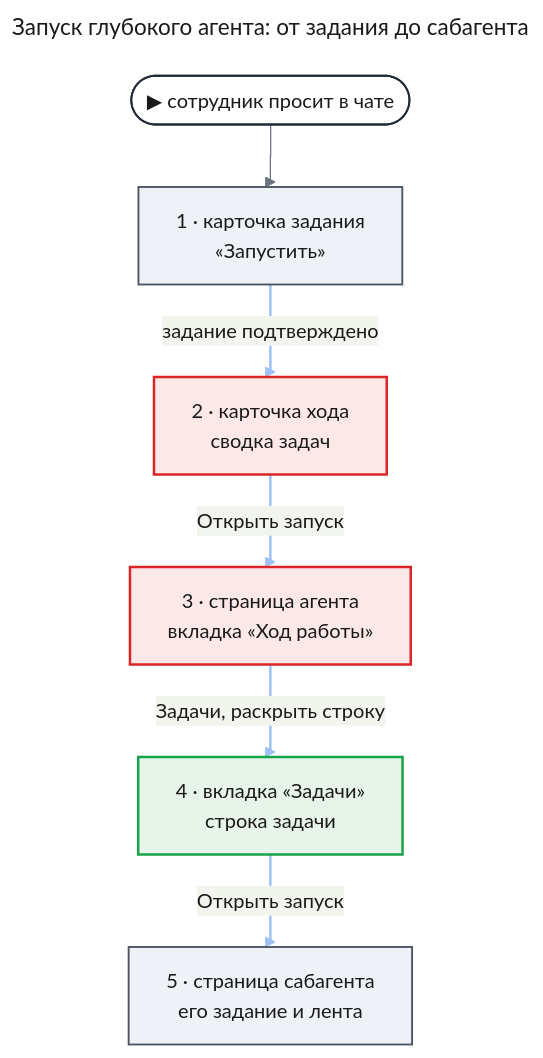
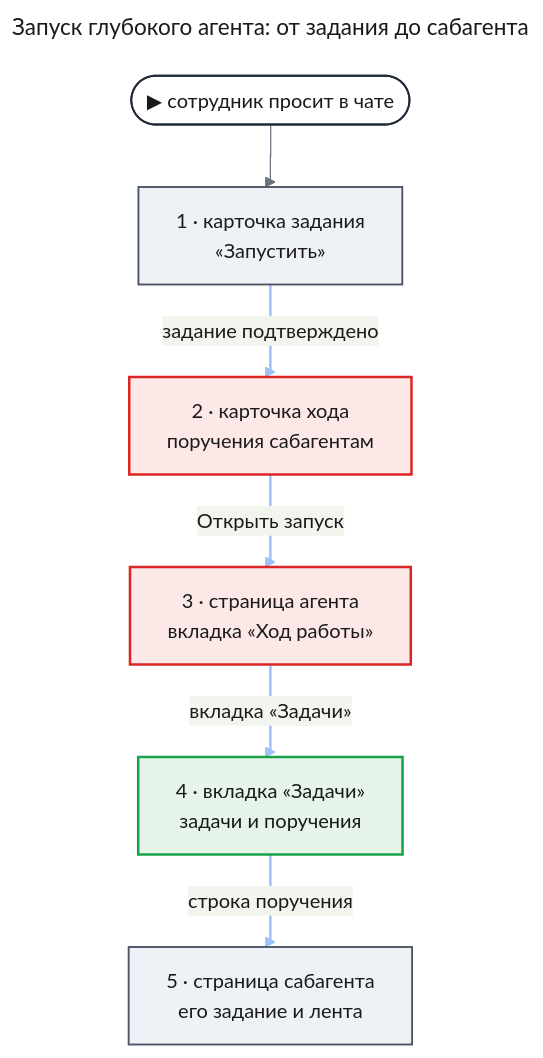
The second of 2 diagrams in docs/features/deep-agents/uxrd.md (tundraray/agent-os), drawn with Mermaid before and after one commit. The commit also changed other lines of this file and 10 other files, not shown here.

````diff
--- a/docs/features/deep-agents/uxrd.md
+++ b/docs/features/deep-agents/uxrd.md
@@ -132,45 +130,45 @@
 ```mermaid
 ---
 title: "Запуск глубокого агента: от задания до сабагента"
 config:
   theme: base
   look: classic
   themeVariables:
     primaryColor: "#eef1f5"
     primaryBorderColor: "#4b5563"
     primaryTextColor: "#1a1a1a"
     lineColor: "#6b7280"
   flowchart:
     curve: step
   themeCSS: |
     @keyframes litr_dax1{0%,22.5%{stroke:#1d4ed8;stroke-width:6px}25%,100%{stroke:#9ec1f7;stroke-width:2px}}
 ---
 flowchart TB
     entry(["▶ сотрудник просит в чате"])
     brief["1 · карточка задания<br/>«Запустить»"]
-    card["2 · карточка хода<br/>сводка задач"]
+    card["2 · карточка хода<br/>поручения сабагентам"]
     page["3 · страница агента<br/>вкладка «Ход работы»"]
-    row["4 · вкладка «Задачи»<br/>строка задачи"]
+    row["4 · вкладка «Задачи»<br/>задачи и поручения"]
     sub["5 · страница сабагента<br/>его задание и лента"]
     entry --> brief
     brief e1@-->|"задание подтверждено"| card
     card e2@-->|"Открыть запуск"| page
-    page e3@-->|"Задачи, раскрыть строку"| row
-    row e4@-->|"Открыть запуск"| sub
+    page e3@-->|"вкладка «Задачи»"| row
+    row e4@-->|"строка поручения"| sub
     classDef entry fill:#ffffff,stroke:#1f2937,stroke-width:1.5px,color:#1a1a1a
     classDef changed fill:#fde8e8,stroke:#dc2626,stroke-width:2px,color:#1a1a1a
     classDef new fill:#e6f4ea,stroke:#16a34a,stroke-width:2px,color:#1a1a1a
     classDef unchanged fill:#eef1f5,stroke:#4b5563,stroke-width:1.5px,color:#1a1a1a
     classDef r1 stroke:#9ec1f7,stroke-width:2px,animation:litr_dax1 4.8s linear 0s infinite
     classDef r2 stroke:#9ec1f7,stroke-width:2px,animation:litr_dax1 4.8s linear 1.2s infinite
     classDef r3 stroke:#9ec1f7,stroke-width:2px,animation:litr_dax1 4.8s linear 2.4s infinite
     classDef r4 stroke:#9ec1f7,stroke-width:2px,animation:litr_dax1 4.8s linear 3.6s infinite
     class entry entry
     class brief,sub unchanged
     class card,page changed
     class row new
     class e1 r1
     class e2 r2
     class e3 r3
     class e4 r4
 ```
````
